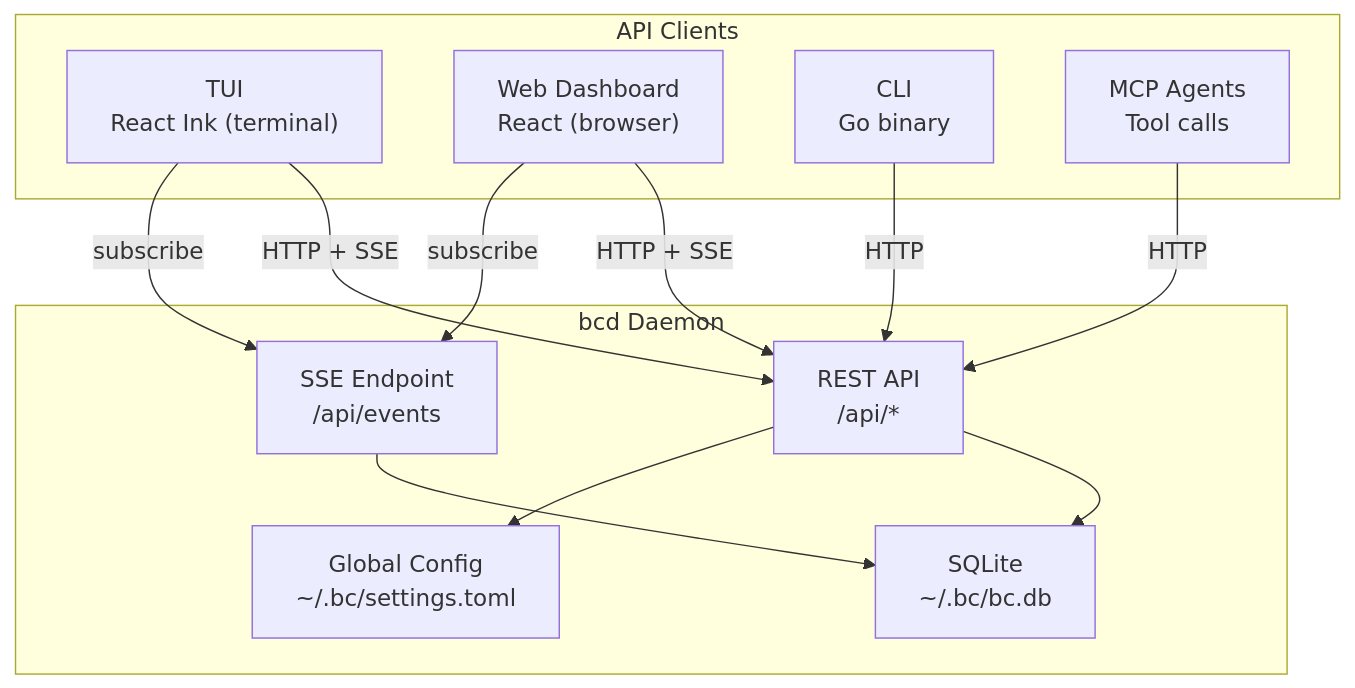
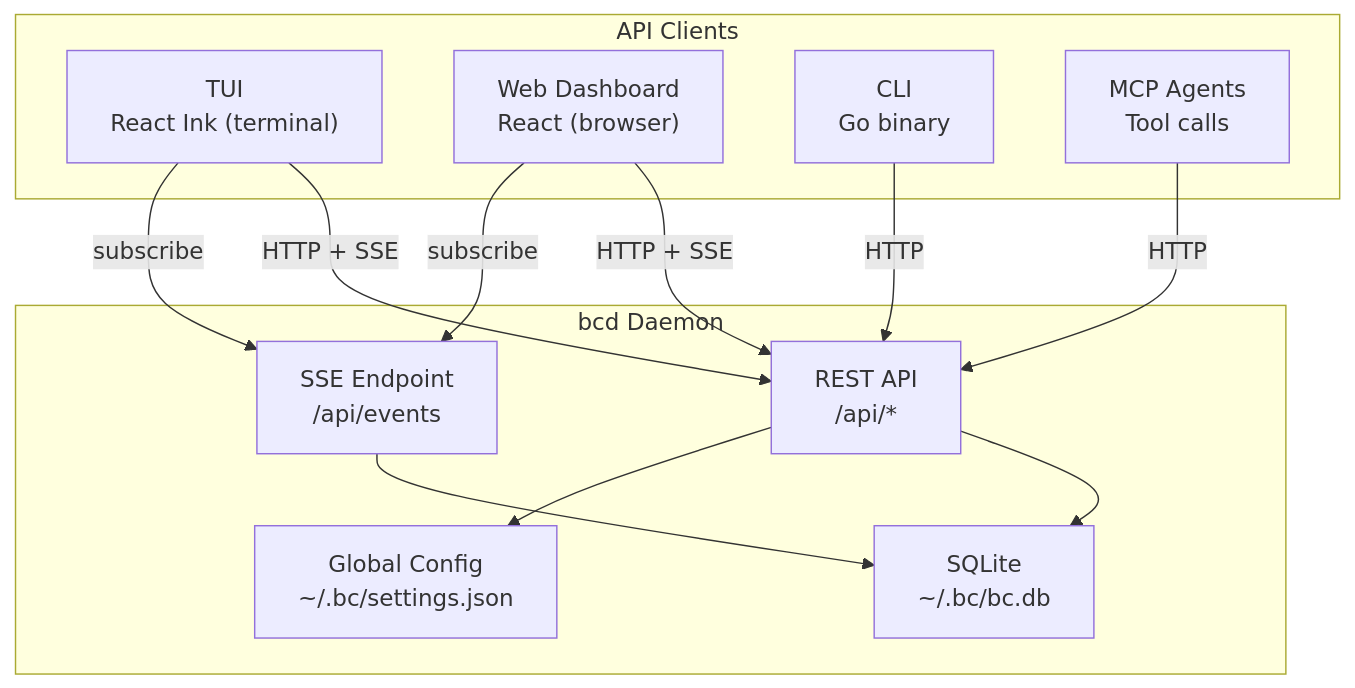
Before and after one commit to gh-curious-otter/bc: the first of 7 diagrams in docs/explanation/tui.md, drawn with Mermaid. The commit also changed other lines of this file and 44 other files, not shown here.

First line of the commit message:
chore: clean up all stale config references — TOML → JSON (#2796)

````diff
--- a/docs/explanation/tui.md
+++ b/docs/explanation/tui.md
@@ -7,27 +7,27 @@
 ```mermaid
 graph TD
     subgraph Clients["API Clients"]
         TUI["TUI\nReact Ink (terminal)"]
         Web["Web Dashboard\nReact (browser)"]
         CLI["CLI\nGo binary"]
         MCP["MCP Agents\nTool calls"]
     end
 
     subgraph Server["bcd Daemon"]
         API["REST API\n/api/*"]
         SSE["SSE Endpoint\n/api/events"]
         DB["SQLite\n~/.bc/bc.db"]
-        Config["Global Config\n~/.bc/settings.toml"]
+        Config["Global Config\n~/.bc/settings.json"]
     end
 
     TUI -->|"HTTP + SSE"| API
     TUI -->|"subscribe"| SSE
     Web -->|"HTTP + SSE"| API
     Web -->|"subscribe"| SSE
     CLI -->|"HTTP"| API
     MCP -->|"HTTP"| API
 
     API --> DB
     SSE --> DB
     API --> Config
 ```
````
